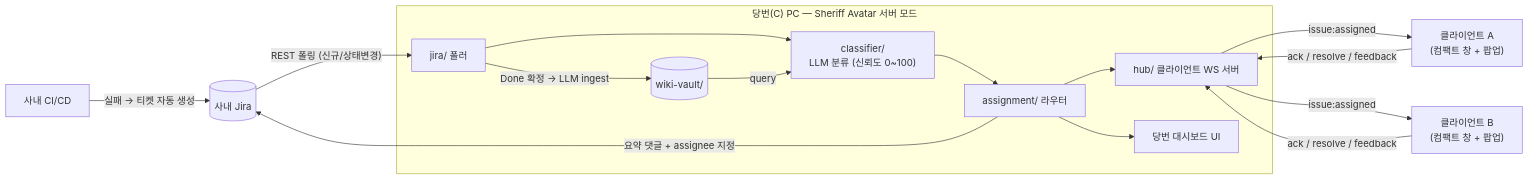
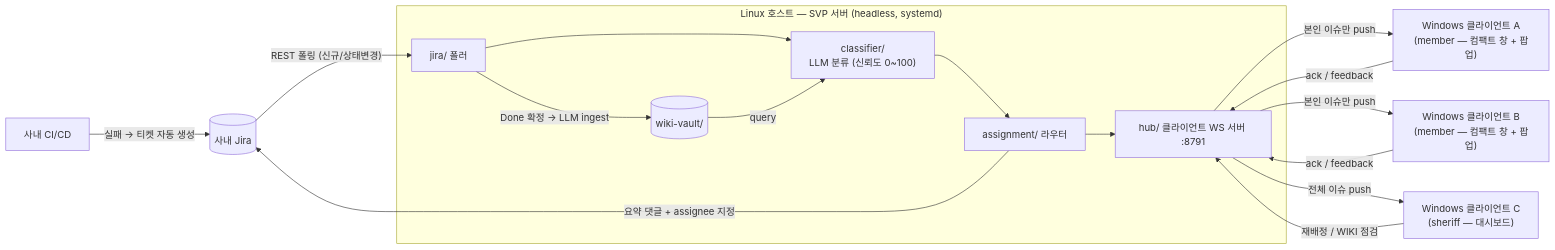
One commit to shin-son/sheriff-avatar-project changed the diagram in docs/ARCHITECTURE.md. Above: the diagram before and after it, drawn with Mermaid. The commit also changed other lines of this file and 2 other files, not shown here.

First line of the commit message:
docs: propose v3 architecture — linux headless server, windows clients

````diff
--- a/docs/ARCHITECTURE.md
+++ b/docs/ARCHITECTURE.md
@@ -16,18 +23,19 @@
 ```mermaid
 flowchart LR
     CI["사내 CI/CD"] -- "실패 → 티켓 자동 생성" --> JIRA[("사내 Jira")]
-    subgraph SERVER["당번(C) PC — Sheriff Avatar 서버 모드"]
+    subgraph SERVER["Linux 호스트 — SVP 서버 (headless, systemd)"]
         POLLER["jira/ 폴러"] --> CLS["classifier/<br/>LLM 분류 (신뢰도 0~100)"]
         WIKI[("wiki-vault/")] -- "query" --> CLS
         CLS --> ROUTER["assignment/ 라우터"]
-        ROUTER --> HUB["hub/ 클라이언트 WS 서버"]
-        ROUTER --> DASH["당번 대시보드 UI"]
+        ROUTER --> HUB["hub/ 클라이언트 WS 서버 :8791"]
         POLLER -- "Done 확정 → LLM ingest" --> WIKI
     end
     JIRA -- "REST 폴링 (신규/상태변경)" --> POLLER
     ROUTER -- "요약 댓글 + assignee 지정" --> JIRA
-    HUB -- "issue:assigned" --> A["클라이언트 A<br/>(컴팩트 창 + 팝업)"]
-    HUB -- "issue:assigned" --> B["클라이언트 B<br/>(컴팩트 창 + 팝업)"]
-    A -- "ack / resolve / feedback" --> HUB
-    B -- "ack / resolve / feedback" --> HUB
+    HUB -- "본인 이슈만 push" --> A["Windows 클라이언트 A<br/>(member — 컴팩트 창 + 팝업)"]
+    HUB -- "본인 이슈만 push" --> B["Windows 클라이언트 B<br/>(member — 컴팩트 창 + 팝업)"]
+    HUB -- "전체 이슈 push" --> C["Windows 클라이언트 C<br/>(sheriff — 대시보드)"]
+    A -- "ack / feedback" --> HUB
+    B -- "ack / feedback" --> HUB
+    C -- "재배정 / WIKI 점검" --> HUB
 ```
````
